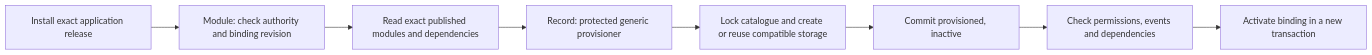
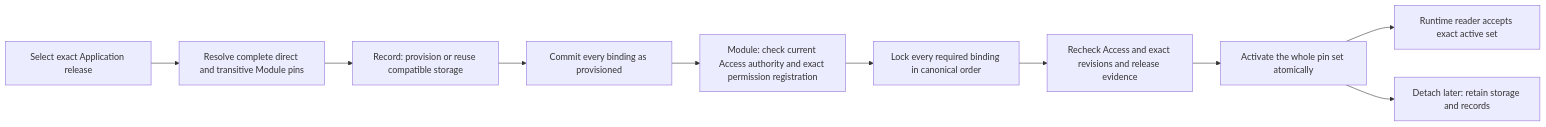
The sixth of 8 diagrams in docs/specification/17-runtime-storage-and-caching.md (Abzum-NZ/Abzum-Vortex), drawn with Mermaid before and after one commit. The commit also changed other lines of this file and 12 other files, not shown here.

Commit message:
feat(module): activate exact application installations

````diff
--- a/docs/specification/17-runtime-storage-and-caching.md
+++ b/docs/specification/17-runtime-storage-and-caching.md
@@ -379,10 +382,12 @@
 ```mermaid
 flowchart LR
-    I[Install exact application release] --> M[Module: check authority and binding revision]
-    M --> D[Read exact published modules and dependencies]
-    D --> R[Record: protected generic provisioner]
-    R --> C[Lock catalogue and create or reuse compatible storage]
-    C --> P[Commit provisioned, inactive]
-    P --> A[Check permissions, events and dependencies]
-    A --> B[Activate binding in a new transaction]
+    I[Select exact Application release] --> D[Resolve complete direct and transitive Module pins]
+    D --> R[Record: provision or reuse compatible storage]
+    R --> P[Commit every binding as provisioned]
+    P --> A[Module: check current Access authority and exact permission registration]
+    A --> L[Lock every required binding in canonical order]
+    L --> V[Recheck Access and exact revisions and release evidence]
+    V --> B[Activate the whole pin set atomically]
+    B --> X[Runtime reader accepts exact active set]
+    B --> T[Detach later: retain storage and records]
 ```
````
